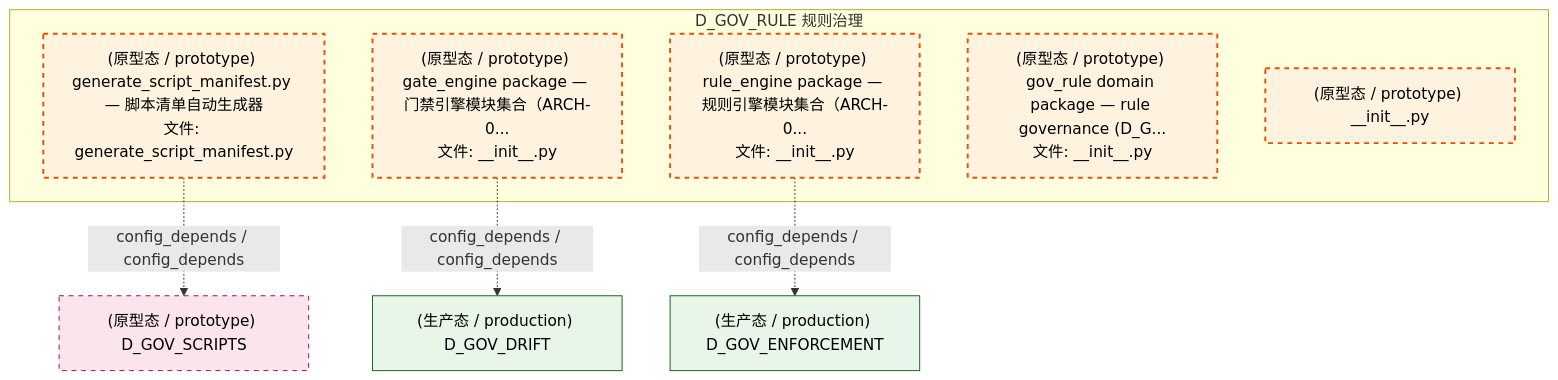
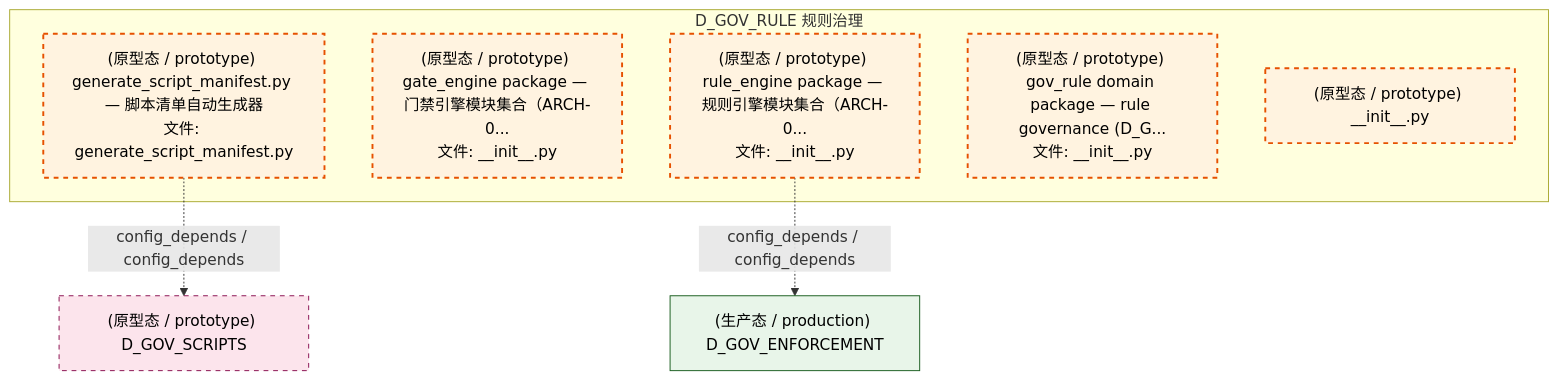
Before and after one commit to xuanFelixVan/ZephyrAlpha: the fourth of 5 diagrams in docs/02_enterprise_architecture/02_domain_architecture_docs/45_d_gov_rule.md, drawn with Mermaid. The commit also changed other lines of this file and 126 other files, not shown here.

````diff
--- a/docs/02_enterprise_architecture/02_domain_architecture_docs/45_d_gov_rule.md
+++ b/docs/02_enterprise_architecture/02_domain_architecture_docs/45_d_gov_rule.md
@@ -353,23 +355,21 @@
 ```mermaid
 graph TD
     subgraph D_GOV_RULE["D_GOV_RULE 规则治理"]
         scripts_governance_generators_generate_script_manifest_py["(原型态 / prototype) generate_script_manifest.py — 脚本清单自动生成器<br/>文件: generate_script_manifest.py"]
         src_zephyr_gov_enforcement_rule_enforcement_gate_engine_init_py["(原型态 / prototype) gate_engine package — 门禁引擎模块集合（ARCH-0...<br/>文件: __init__.py"]
         src_zephyr_gov_enforcement_rule_enforcement_rule_engine_init_py["(原型态 / prototype) rule_engine package — 规则引擎模块集合（ARCH-0...<br/>文件: __init__.py"]
         src_zephyr_gov_rule_init_py["(原型态 / prototype) gov_rule domain package — rule governance (D_G...<br/>文件: __init__.py"]
         src_zephyr_gov_rule_constitutional_update_init_py["(原型态 / prototype) __init__.py"]
     end
-    D_GOV_DRIFT["(生产态 / production) D_GOV_DRIFT"]
-    src_zephyr_gov_enforcement_rule_enforcement_gate_engine_init_py -.->|config_depends / config_depends| D_GOV_DRIFT
     D_GOV_SCRIPTS["(原型态 / prototype) D_GOV_SCRIPTS"]
     scripts_governance_generators_generate_script_manifest_py -.->|config_depends / config_depends| D_GOV_SCRIPTS
     D_GOV_ENFORCEMENT["(生产态 / production) D_GOV_ENFORCEMENT"]
     src_zephyr_gov_enforcement_rule_enforcement_rule_engine_init_py -.->|config_depends / config_depends| D_GOV_ENFORCEMENT
     classDef production fill:#e1f5fe,stroke:#01579b,stroke-width:2px,color:#000
     classDef design fill:#fff3e0,stroke:#e65100,stroke-width:2px,color:#000,stroke-dasharray: 5 5
     classDef external_prod fill:#e8f5e9,stroke:#1b5e20,stroke-width:1px,color:#000
     classDef external_design fill:#fce4ec,stroke:#880e4f,stroke-width:1px,color:#000,stroke-dasharray: 5 5
     class scripts_governance_generators_generate_script_manifest_py,src_zephyr_gov_enforcement_rule_enforcement_gate_engine_init_py,src_zephyr_gov_enforcement_rule_enforcement_rule_engine_init_py,src_zephyr_gov_rule_init_py,src_zephyr_gov_rule_constitutional_update_init_py design
-    class D_GOV_DRIFT,D_GOV_ENFORCEMENT external_prod
+    class D_GOV_ENFORCEMENT external_prod
     class D_GOV_SCRIPTS external_design
 ```
````
